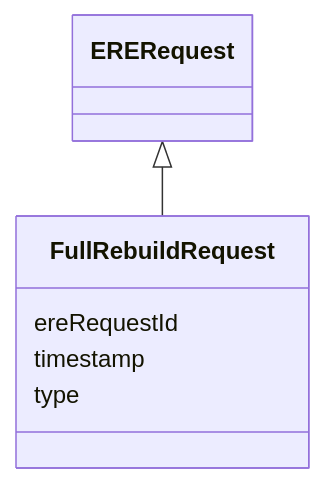
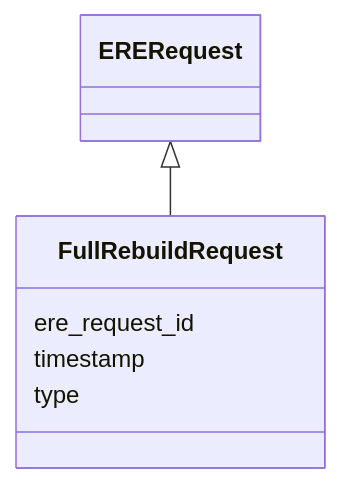
One commit to OP-TED/entity-resolution-spec changed the diagram in docs/schema/FullRebuildRequest.md. Above: the diagram before and after it, drawn with Mermaid. The commit also changed other lines of this file and 88 other files, not shown here.

````diff
--- a/docs/schema/FullRebuildRequest.md
+++ b/docs/schema/FullRebuildRequest.md
@@ -44,15 +44,15 @@
 ```mermaid
  classDiagram
     class FullRebuildRequest
     click FullRebuildRequest href "../FullRebuildRequest/"
       ERERequest <|-- FullRebuildRequest
         click ERERequest href "../ERERequest/"
       
-      FullRebuildRequest : ereRequestId
+      FullRebuildRequest : ere_request_id
         
       FullRebuildRequest : timestamp
         
       FullRebuildRequest : type
         
       
 ```
````
